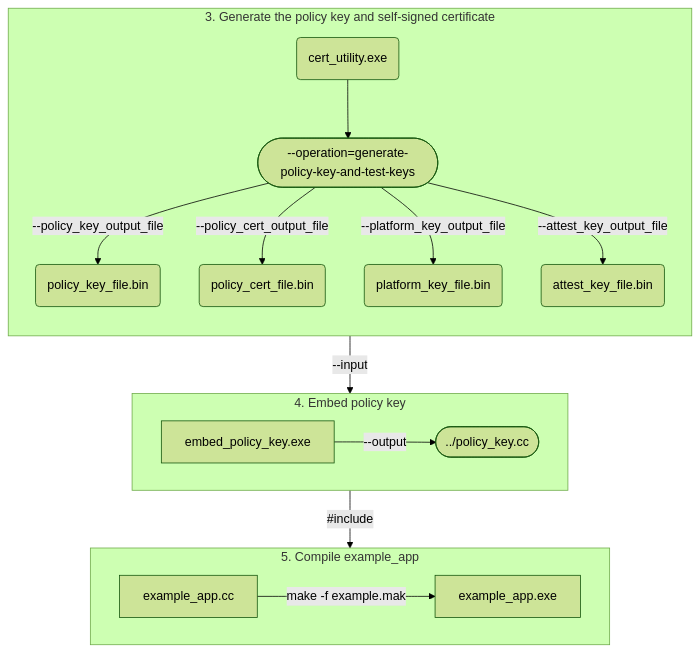
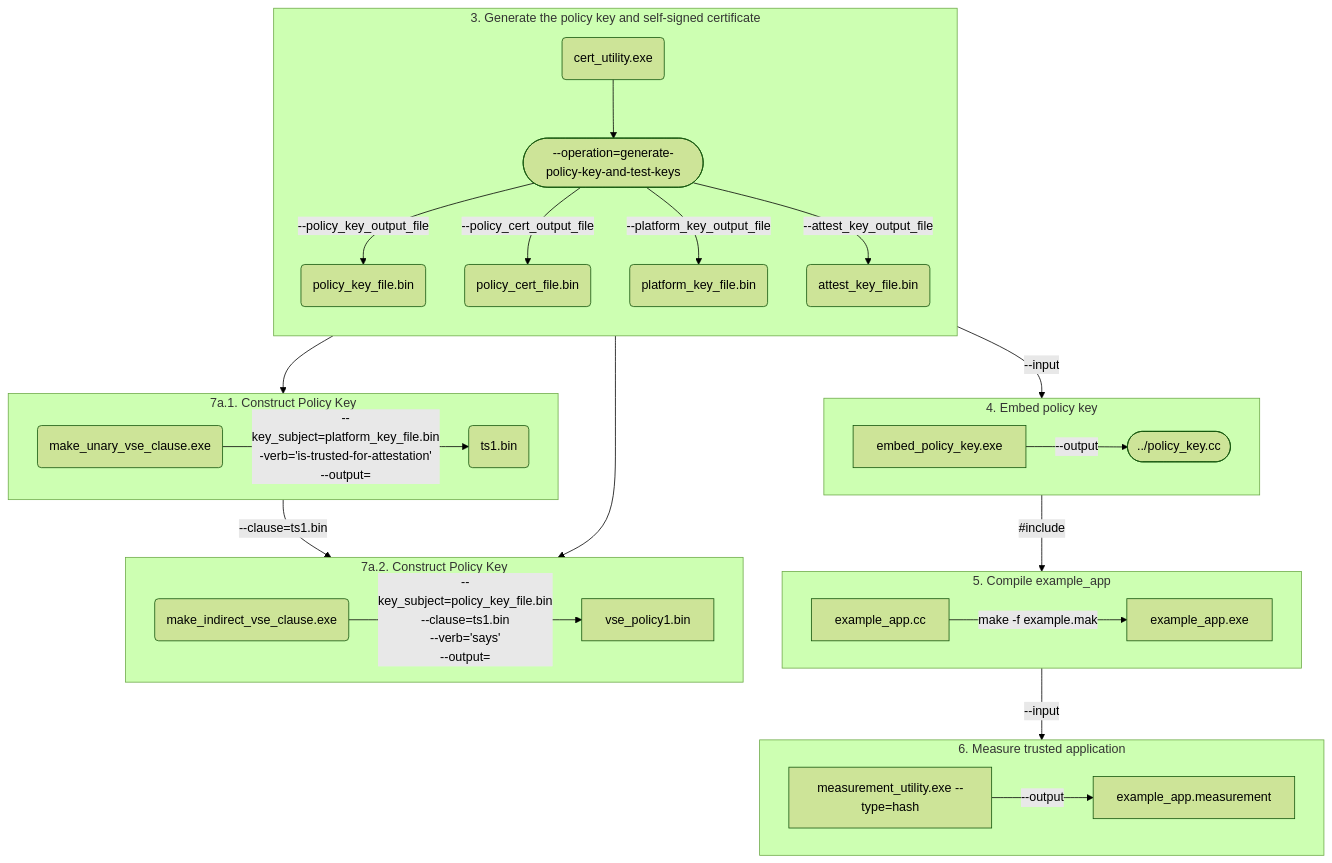
The third of 3 diagrams in sample_apps/simple_app/instructions.md (georgievaVMW/certifier-framework-for-confidential-computing), drawn with Mermaid (forest theme) before and after one commit.

Commit message:
Extend thru 7a.2. Construct Policy Key

````diff
--- a/sample_apps/simple_app/instructions.md
+++ b/sample_apps/simple_app/instructions.md
@@ -94,21 +94,42 @@
 ```mermaid
  flowchart TB
     subgraph sg3 [3. Generate the policy key and self-signed certificate]
       direction TB
       id12(cert_utility.exe) --> id31(["--operation=generate-policy-key-and-test-keys"])
       id31 -- "--policy_key_output_file" --> id32(policy_key_file.bin)
       id31 -- "--policy_cert_output_file" --> id33(policy_cert_file.bin)
       id31 -- "--platform_key_output_file" --> id34(platform_key_file.bin)
       id31 -- "--attest_key_output_file" --> id35(attest_key_file.bin)
     end
-      subgraph sg4 [4. Embed policy key]
-        direction LR
-        id33(policy_cert_file.bin) -- "--input" --> embed_policy_key.exe
-        embed_policy_key.exe -- "--output" --> id41([../policy_key.cc, linked with example_app.cc])
-      end
-      subgraph sg5 [5. Compile example_app]
-        direction LR
-        id41([../policy_key.cc]) -- "#include" --> example_app.cc
-        example_app.cc -- "make -f example.mak" --> example_app.exe
-      end
+
+    subgraph sg4 [4. Embed policy key]
+      direction LR
+      id33(policy_cert_file.bin) -- "--input" --> embed_policy_key.exe
+      embed_policy_key.exe -- "--output" --> id41([../policy_key.cc, linked with example_app.cc])
+    end
+
+    subgraph sg5 [5. Compile example_app]
+      direction LR
+      id41([../policy_key.cc]) -- "#include" --> example_app.cc
+      example_app.cc -- "make -f example.mak" --> example_app.exe
+    end
+
+    subgraph shg6 [6. Measure trusted application]
+      direction LR
+      example_app.exe -- "--input" --> id6.1[measurement_utility.exe --type=hash]
+      id6.1 -- "--output" --> example_app.measurement
+    end
+
+    subgraph shg7a1 [7a.1. Construct Policy Key]
+      direction LR
+      id34 --> id7a1_1(make_unary_vse_clause.exe)
+      id7a1_1 -- "--key_subject=platform_key_file.bin\n-verb='is-trusted-for-attestation'\n--output=" --> 7a1_o(ts1.bin)
+    end
+
+    subgraph shg7a2 [7a.2. Construct Policy Key\n]
+      direction LR
+      id32 --> id7a2_1(make_indirect_vse_clause.exe)
+      7a1_o -- "--clause=ts1.bin" --> id7a2_1
+      id7a2_1 -- "--key_subject=policy_key_file.bin\n--clause=ts1.bin\n--verb='says'\n--output=" --> vse_policy1.bin
+    end
 ```
````
